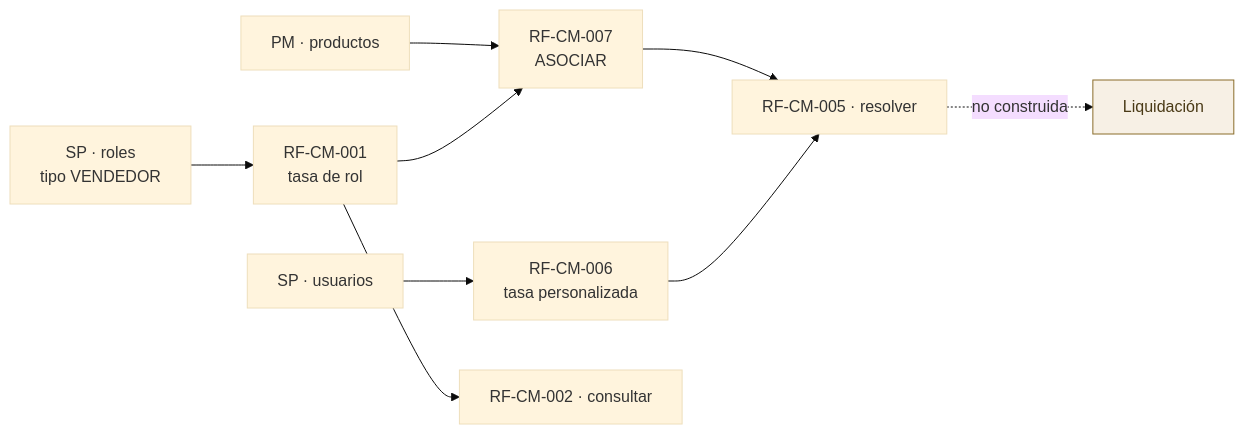
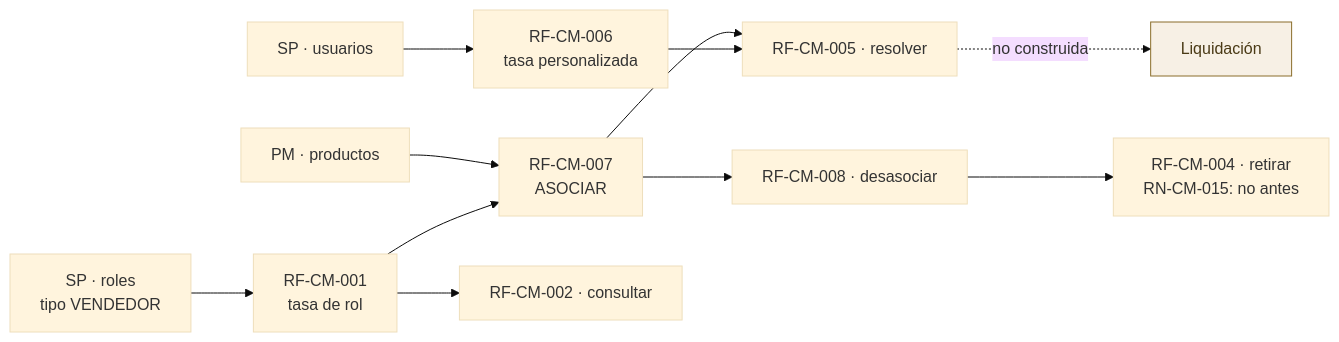
Before and after one commit to NexusPro-Dev/backend: the third of 3 diagrams in docs/flujos/cm/flujos-del-modulo.md, drawn with Mermaid (base theme). The commit also changed other lines of this file and 68 other files, not shown here.

````diff
--- a/docs/flujos/cm/flujos-del-modulo.md
+++ b/docs/flujos/cm/flujos-del-modulo.md
@@ -95,15 +101,17 @@
 ```mermaid
 flowchart LR
     SP1["SP · roles<br/>tipo VENDEDOR"] --> CM1["RF-CM-001<br/>tasa de rol"]
     SP2["SP · usuarios"] --> CM6["RF-CM-006<br/>tasa personalizada"]
     PM1["PM · productos"] --> CM7["RF-CM-007<br/>ASOCIAR"]
     CM1 --> CM7
     CM7 --> CM5["RF-CM-005 · resolver"]
     CM6 --> CM5
     CM1 --> CM2["RF-CM-002 · consultar"]
+    CM7 --> CM8["RF-CM-008 · desasociar"]
+    CM8 --> CM4["RF-CM-004 · retirar<br/>RN-CM-015: no antes"]
 
     CM5 -.->|"no construida"| L["Liquidación"]
 
     classDef pend fill:#F7F0E5,stroke:#8A6D2A,color:#4A3A16
     class L pend
 ```
````
